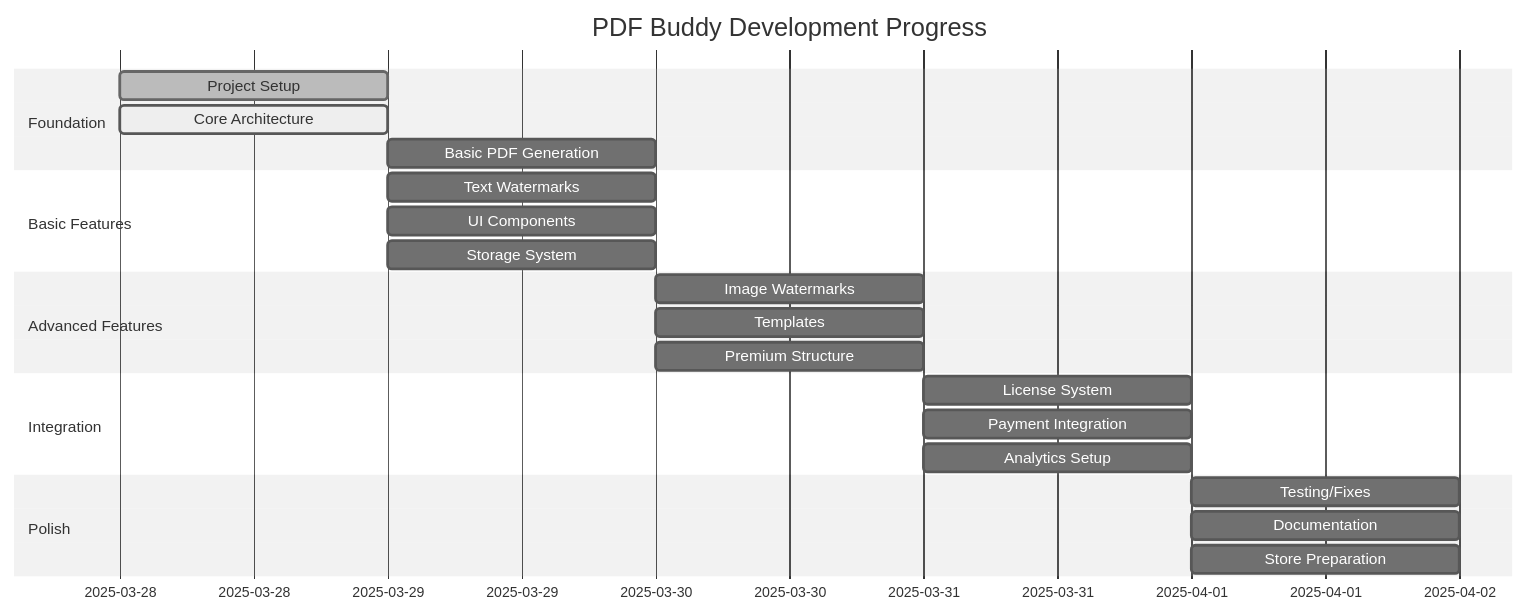
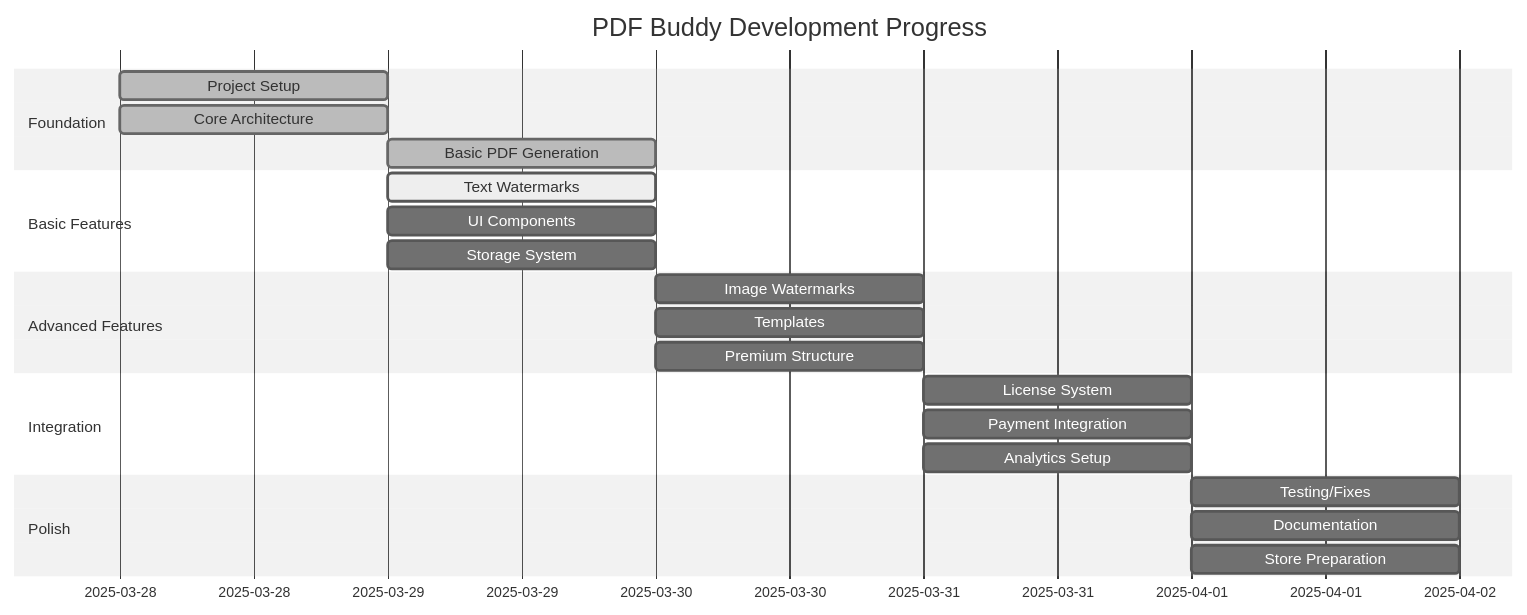
The diagram in memory-bank/progress.md (Nelson-Delpozo/pdfbuddy), drawn with Mermaid (neutral theme) before and after one commit. The commit also changed other lines of this file and 9 other files, not shown here.

````diff
--- a/memory-bank/progress.md
+++ b/memory-bank/progress.md
@@ -4,25 +4,25 @@
 ```mermaid
 gantt
     title PDF Buddy Development Progress
     dateFormat  YYYY-MM-DD
     section Foundation
     Project Setup           :done, a1, 2025-03-28, 1d
-    Core Architecture       :active, a2, 2025-03-28, 1d
-    Basic PDF Generation    :a3, after a2, 1d
+    Core Architecture       :done, a2, 2025-03-28, 1d
+    Basic PDF Generation    :done, a3, after a2, 1d
     section Basic Features
-    Text Watermarks         :b1, 2025-03-29, 1d
+    Text Watermarks         :active, b1, 2025-03-29, 1d
     UI Components           :b2, 2025-03-29, 1d
     Storage System          :b3, 2025-03-29, 1d
     section Advanced Features
     Image Watermarks        :c1, 2025-03-30, 1d
     Templates               :c2, 2025-03-30, 1d
     Premium Structure       :c3, 2025-03-30, 1d
     section Integration
     License System          :d1, 2025-03-31, 1d
     Payment Integration     :d2, 2025-03-31, 1d
     Analytics Setup         :d3, 2025-03-31, 1d
     section Polish
     Testing/Fixes           :e1, 2025-04-01, 1d
     Documentation           :e2, 2025-04-01, 1d
     Store Preparation       :e3, 2025-04-01, 1d
 ```
````
